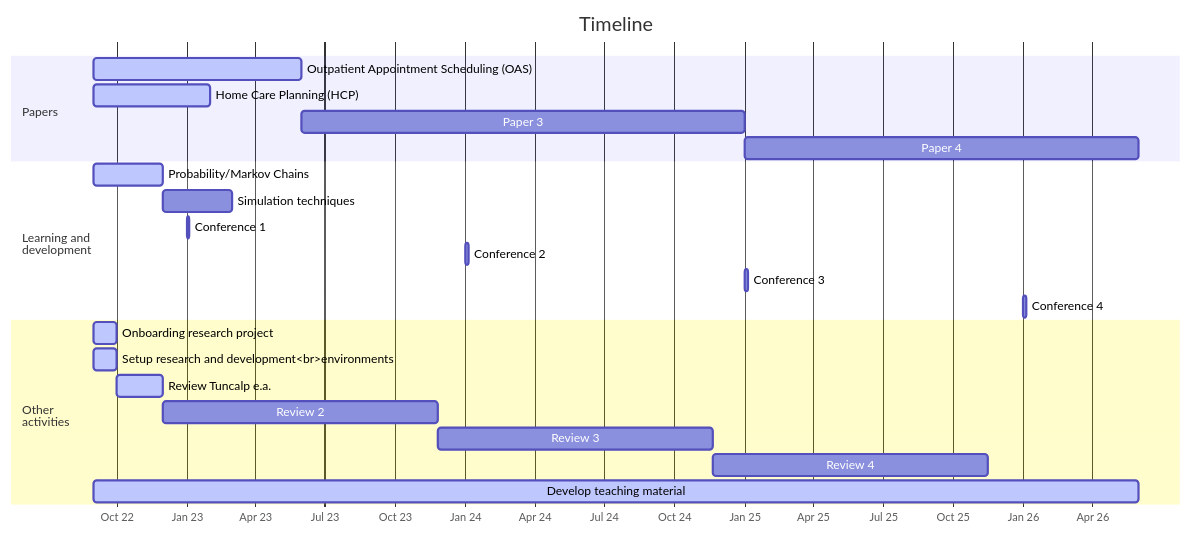
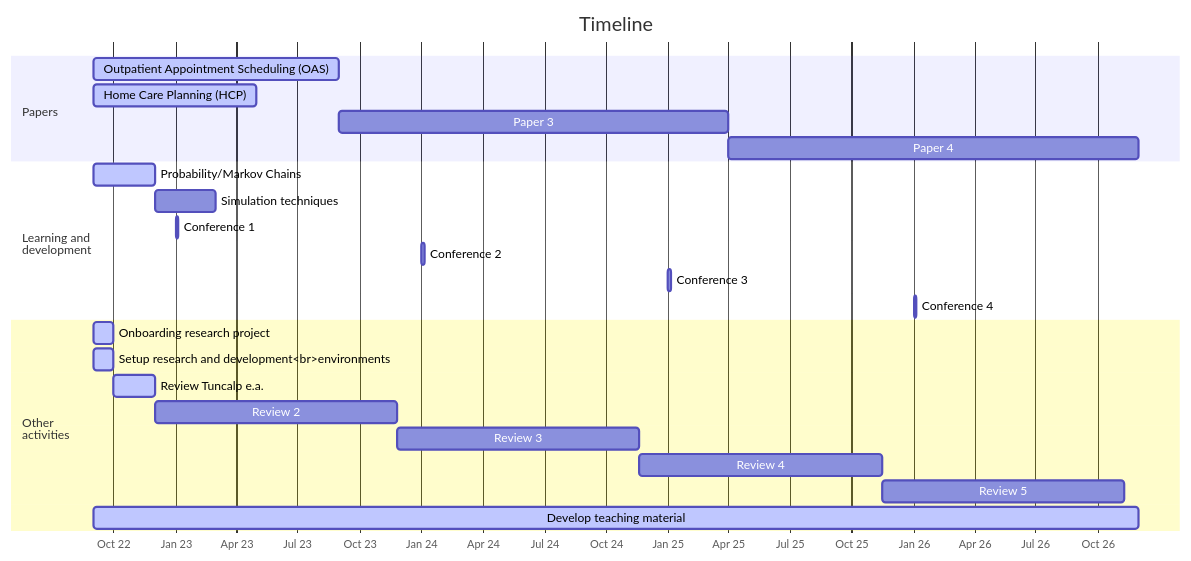
One commit to witusj/research changed the diagram in notes/projectplan.qmd. Above: the diagram before and after it, drawn with Mermaid. The commit also changed other lines of this file and 1 other file, not shown here.

````diff
--- a/notes/projectplan.qmd
+++ b/notes/projectplan.qmd
@@ -52,32 +52,33 @@
 ```{mermaid}
 
 gantt
     dateFormat  YYYY-MM
     title       Timeline
     axisFormat  %b %y
 
     section Papers
-    Outpatient Appointment Scheduling (OAS):active, pap1, 2022-09, 2023-06
-    Home Care Planning (HCP)               :active, pap2, 2022-09, 2023-02
-    Paper 3                                :        pap3, 2023-06, 2025-01
-    Paper 4                                :        pap4, 2025-01, 2026-06
-
+    Outpatient Appointment Scheduling (OAS):active, pap1, 2022-09, 2023-09
+    Home Care Planning (HCP)               :active, pap2, 2022-09, 2023-05
+    Paper 3                                :        pap3, 2023-09, 2025-04
+    Paper 4                                :        pap4, 2025-04, 2026-12
+    
     
     section Learning and<br>development
     Probability/Markov Chains              :active, lnd1, 2022-09, 2022-12
     Simulation techniques                  :        lnd2, after lnd1, 90d
     Conference 1                    :        lnd3, 2023-01, 4d
     Conference 2                    :        lnd4, 2024-01, 4d
     Conference 3                    :        lnd5, 2025-01, 4d
     Conference 4                    :        lnd6, 2026-01, 4d
     
     section Other<br>activities
     Onboarding research project                     :active, oth1, 2022-09, 2022-10
     Setup research and development<br>environments  :active, oth2, 2022-09, 2022-10
     Review Tuncalp e.a.                             :active, oth3, 2022-10, 2022-12
     Review 2                                        :        oth4, after oth3, 360d
     Review 3                                        :        oth5, after oth4, 360d
     Review 4                                        :        oth6, after oth5, 360d
-    Develop teaching material                       :active, oth8, 2022-09, 2026-06
+    Review 5                                        :        oth7, after oth6, 360d
+    Develop teaching material                       :active, oth8, 2022-09, 2026-12
 
 ```
````
